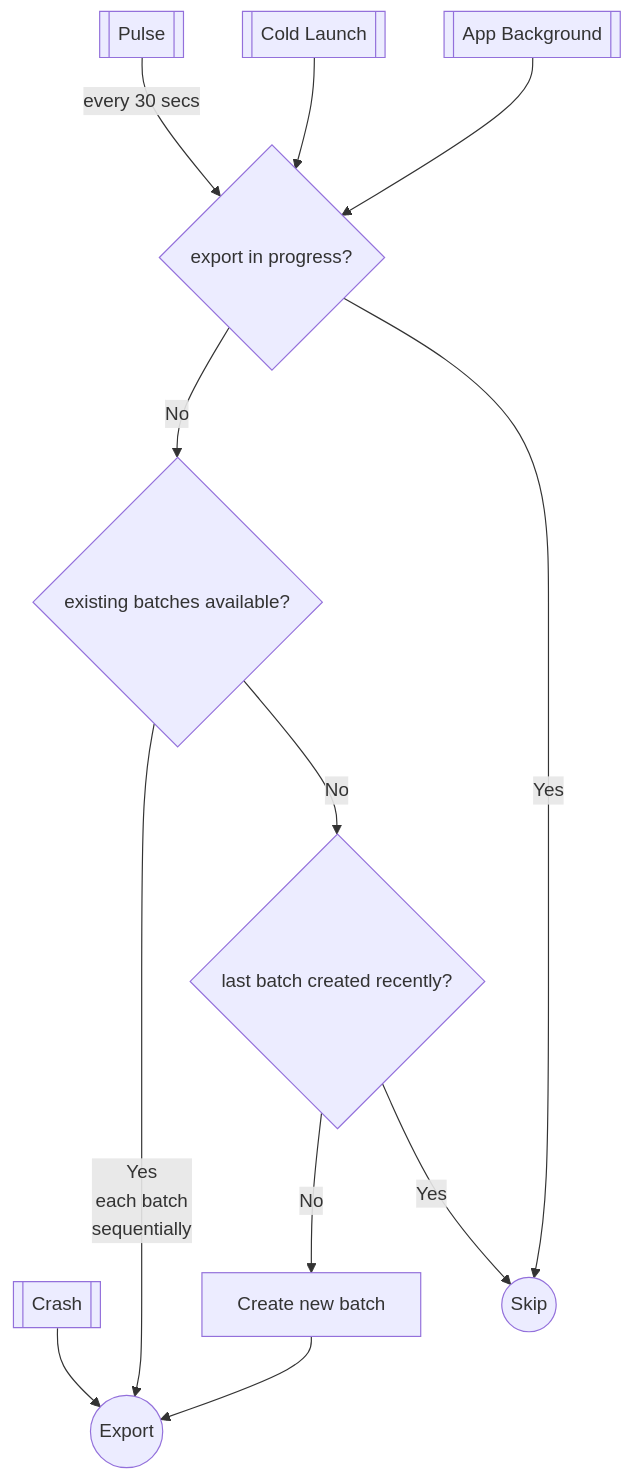
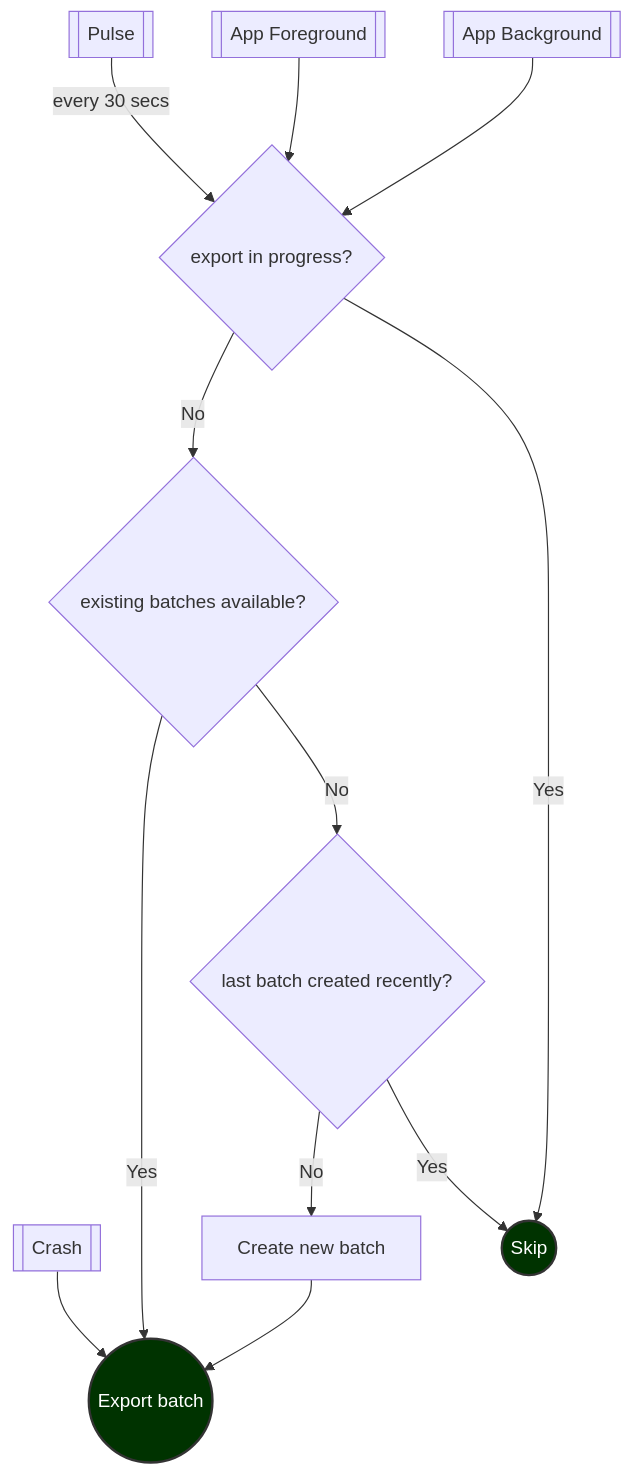
Before and after one commit to measure-sh/measure: the diagram in android/docs/internal-documentation.md, drawn with Mermaid. The commit also changed other lines of this file and 4 other files, not shown here.

````diff
--- a/android/docs/internal-documentation.md
+++ b/android/docs/internal-documentation.md
@@ -47,17 +43,22 @@
 ```mermaid
 flowchart TD
     Crash[[Crash]] --> Export
     D0{export in progress?}
     D0 -->|No| D1
     D0 -->|Yes| Skip
     P[[Pulse]] -->|every 30 secs| D0
-    CL[[Cold Launch]] --> D0
+    AF[[App Foreground]] --> D0
     AB[[App Background]] --> D0
     D1{existing batches available?}
-    D1 -->|Yes\neach batch\nsequentially| Export
+    D1 -->|Yes| Export
     D2{last batch created recently?}
     D1 -->|No| D2
     D2 -->|No| CNB[Create new batch]
-    CNB --> Export((Export))
+    CNB --> Export((Export batch))
     D2 -->|Yes| Skip((Skip))
+    
+    classDef skip fill:#003300,stroke:#333,stroke-width:2px,color:white
+    classDef export fill:#003300,stroke:#333,stroke-width:2px,color:white
+    class Skip skip
+    class Export export
 ```
````
